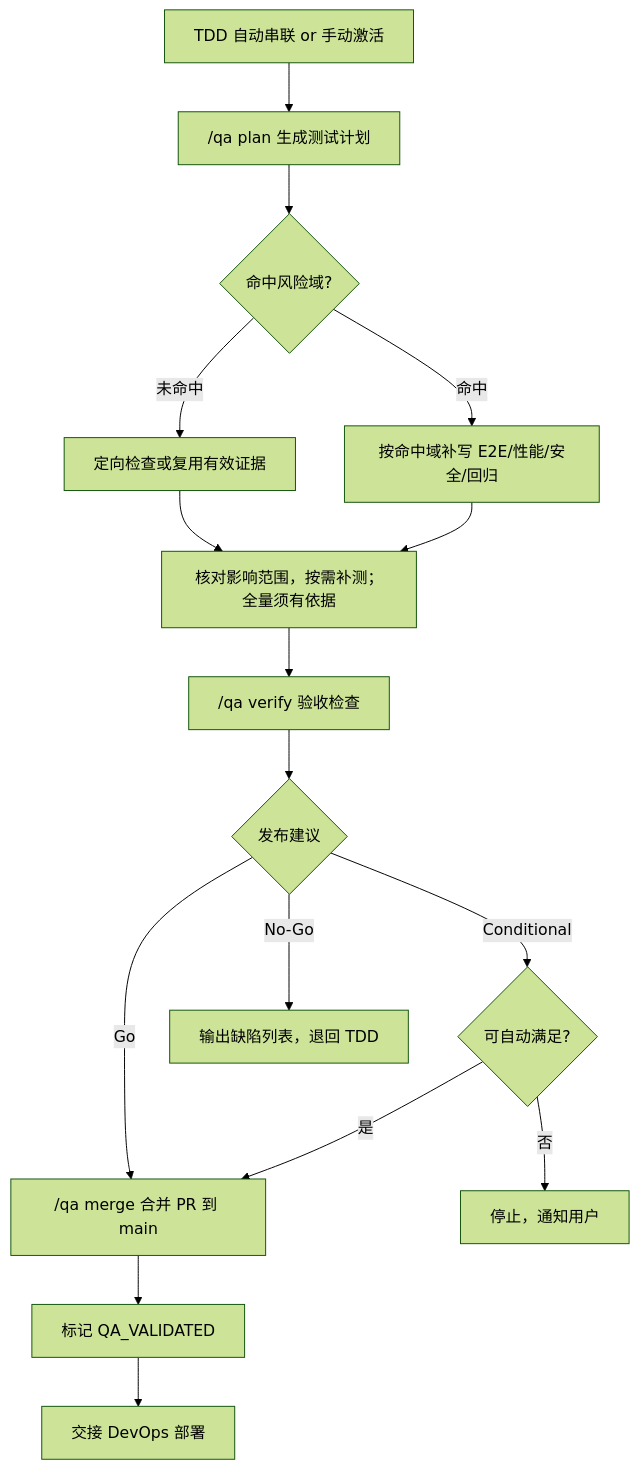
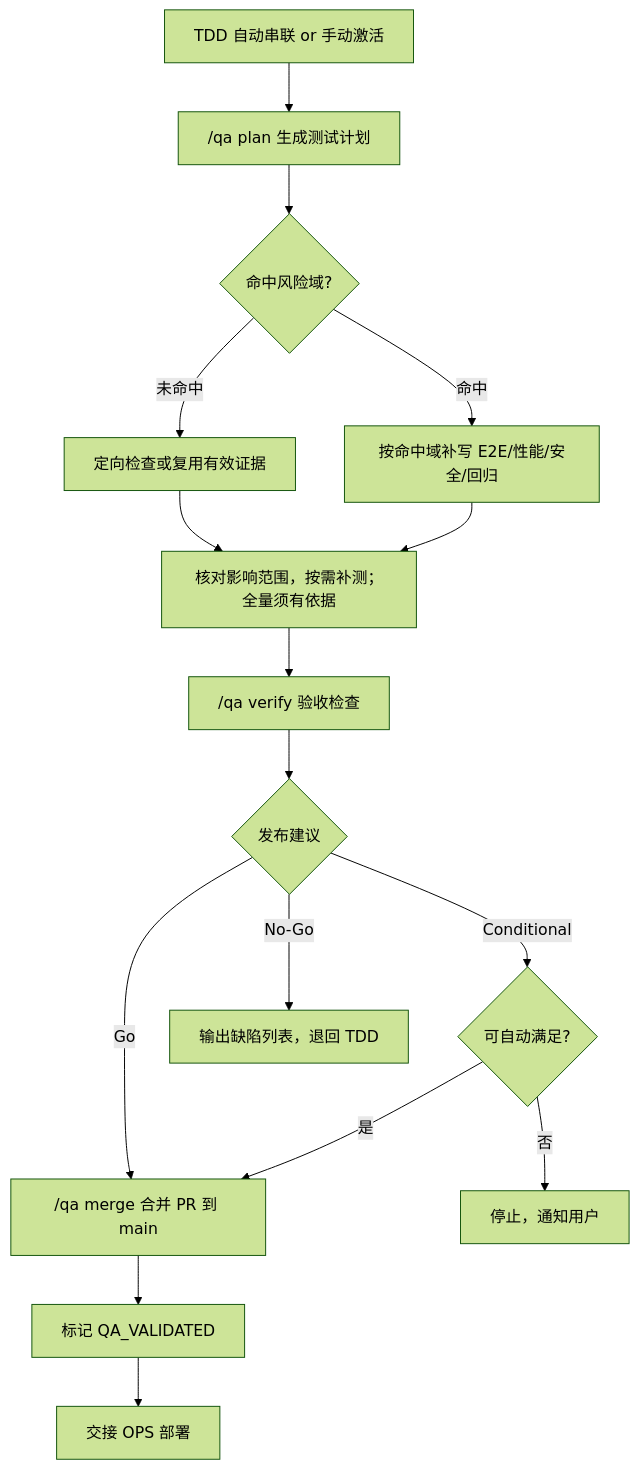
The diagram in AgentRoles/Handbooks/QA-TESTING-EXPERT.playbook.md (hollisyao2024/PromptsEngineering), drawn with Mermaid (forest theme) before and after one commit. The commit also changed other lines of this file and 65 other files, not shown here.

````diff
--- a/AgentRoles/Handbooks/QA-TESTING-EXPERT.playbook.md
+++ b/AgentRoles/Handbooks/QA-TESTING-EXPERT.playbook.md
@@ -633,18 +633,18 @@
 ```mermaid
 flowchart TD
     A[TDD 自动串联 or 手动激活] --> B["/qa plan 生成测试计划"]
     B --> B1{命中风险域?}
     B1 -->|未命中| B2[定向检查或复用有效证据]
     B1 -->|命中| B3["按命中域补写 E2E/性能/安全/回归"]
     B2 --> C["核对影响范围，按需补测；全量须有依据"]
     B3 --> C
     C --> D["/qa verify 验收检查"]
     D --> E{发布建议}
     E -->|Go| F["/qa merge 合并 PR 到 main"]
     E -->|Conditional| G{可自动满足?}
     G -->|是| F
     G -->|否| STOP[停止，通知用户]
     E -->|No-Go| H["输出缺陷列表，退回 TDD"]
     F --> I[标记 QA_VALIDATED]
-    I --> J[交接 DevOps 部署]
+    I --> J[交接 OPS 部署]
 ```
````
